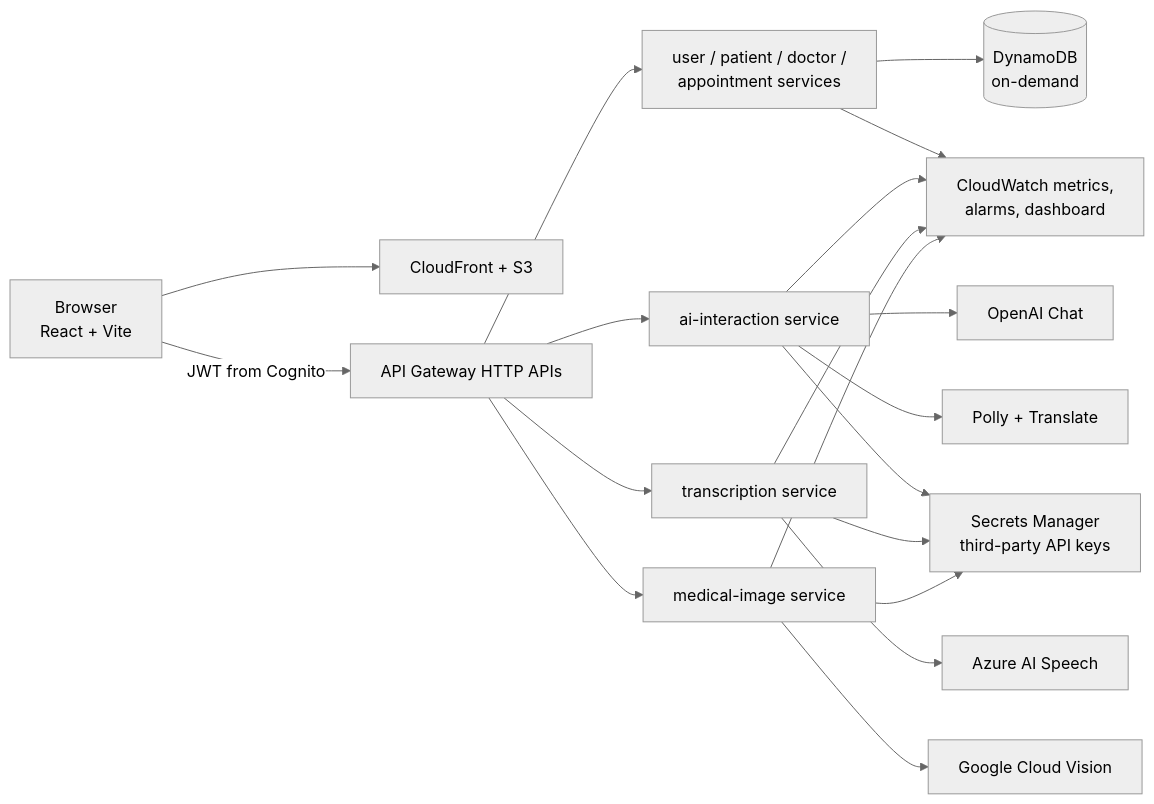
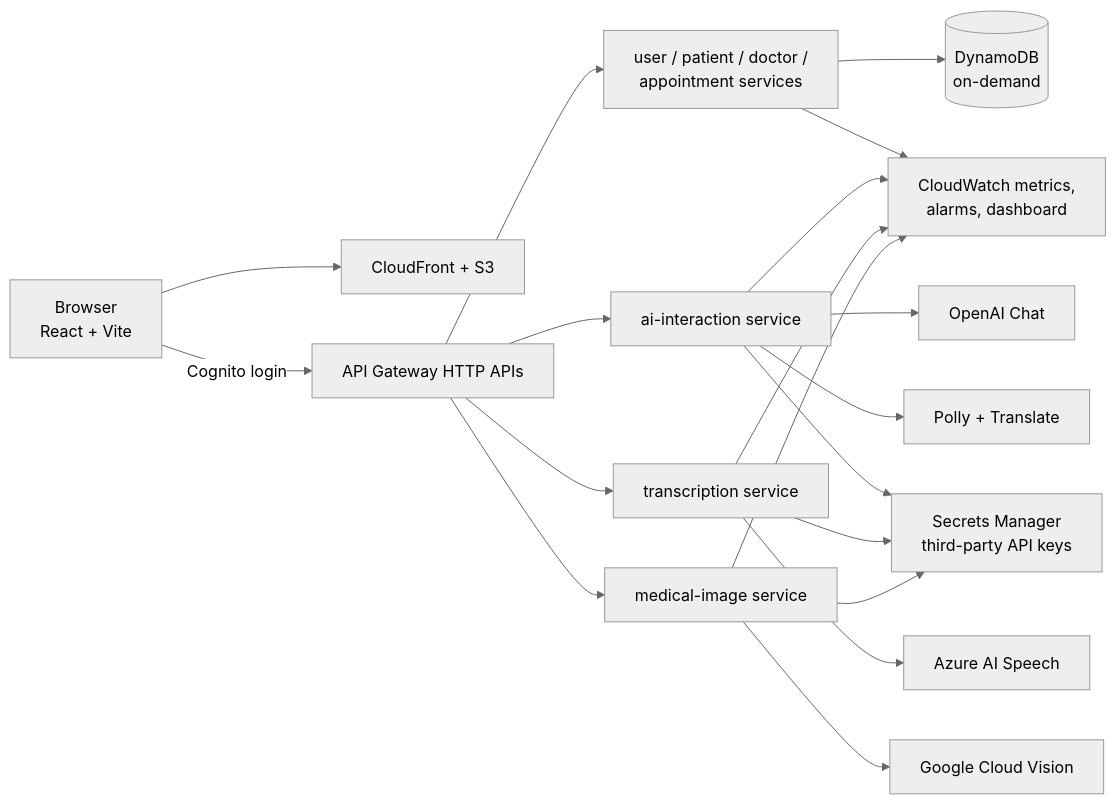
Before and after one commit to abdihakim-said/healthhub-enterprise-platform: the diagram in README.md, drawn with Mermaid (neutral theme).

Commit message:
README: diagram label [skip ci]

````diff
--- a/README.md
+++ b/README.md
@@ -25,16 +25,16 @@
 ```mermaid
 flowchart LR
   U[Browser<br/>React + Vite] --> CF[CloudFront + S3]
-  U -->|JWT from Cognito| API[API Gateway HTTP APIs]
+  U -->|Cognito login| API[API Gateway HTTP APIs]
   API --> L1[user / patient / doctor /<br/>appointment services]
   API --> L2[ai-interaction service]
   API --> L3[transcription service]
   API --> L4[medical-image service]
   L1 --> DDB[(DynamoDB<br/>on-demand)]
   L2 --> OAI[OpenAI Chat]
   L2 --> PT[Polly + Translate]
   L3 --> AZ[Azure AI Speech]
   L4 --> GV[Google Cloud Vision]
   L2 & L3 & L4 --> SM[Secrets Manager<br/>third-party API keys]
   L1 & L2 & L3 & L4 --> CW[CloudWatch metrics,<br/>alarms, dashboard]
 ```
````
